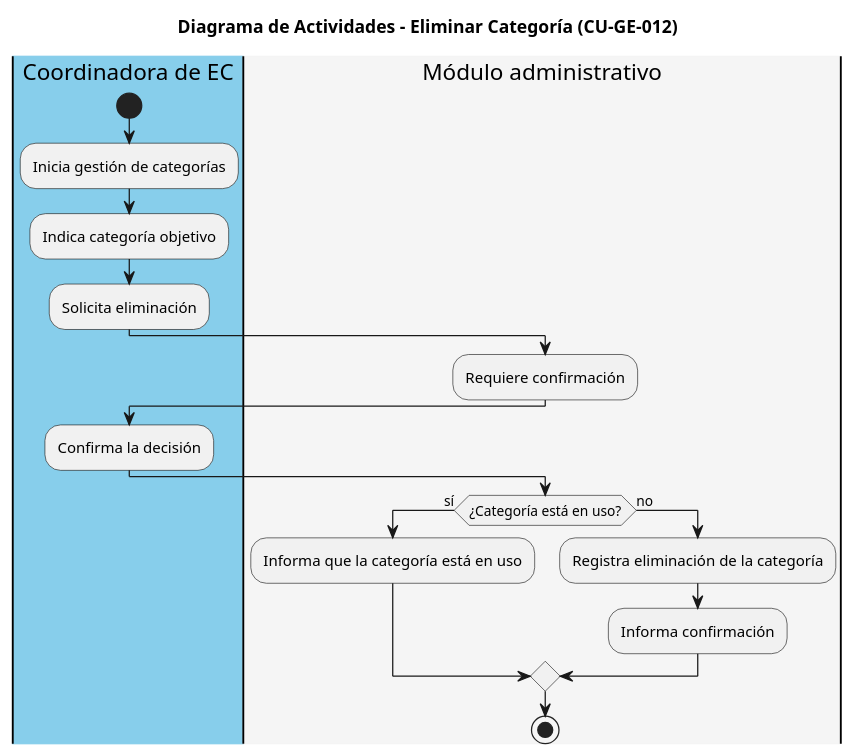
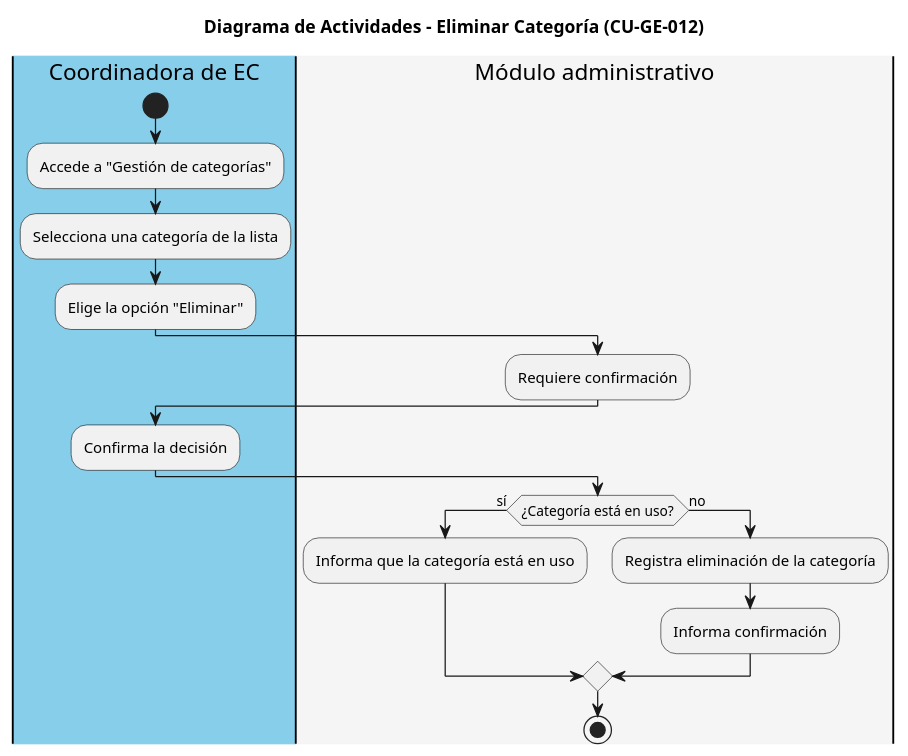
The diagram in code/CU-GE-012_Eliminar_Categoria.puml (iKinoo/baby-salesforce-admin-module), drawn with PlantUML before and after one commit.

Commit message:
Actualización del diagrama de actividades para el caso de uso CU-GE-012 - Eliminar Categoría

```diff
--- a/code/CU-GE-012_Eliminar_Categoria.puml
+++ b/code/CU-GE-012_Eliminar_Categoria.puml
@@ -1,24 +1,24 @@
 @startuml CU-GE-012_Eliminar_Categoria
 title Diagrama de Actividades - Eliminar Categoría (CU-GE-012)
 
 |#skyblue|Coordinadora de EC|
 start
-:Inicia gestión de categorías;
-:Indica categoría objetivo;
-:Solicita eliminación;
+:Accede a "Gestión de categorías";
+:Selecciona una categoría de la lista;
+:Elige la opción "Eliminar";
 
 |#whitesmoke|Módulo administrativo|
 :Requiere confirmación;
 
 |#skyblue|Coordinadora de EC|
 :Confirma la decisión;
 
 |#whitesmoke|Módulo administrativo|
 if (¿Categoría está en uso?) then (sí)
   :Informa que la categoría está en uso;
 else (no)
   :Registra eliminación de la categoría;
   :Informa confirmación;
 endif
 stop
 @enduml
```
